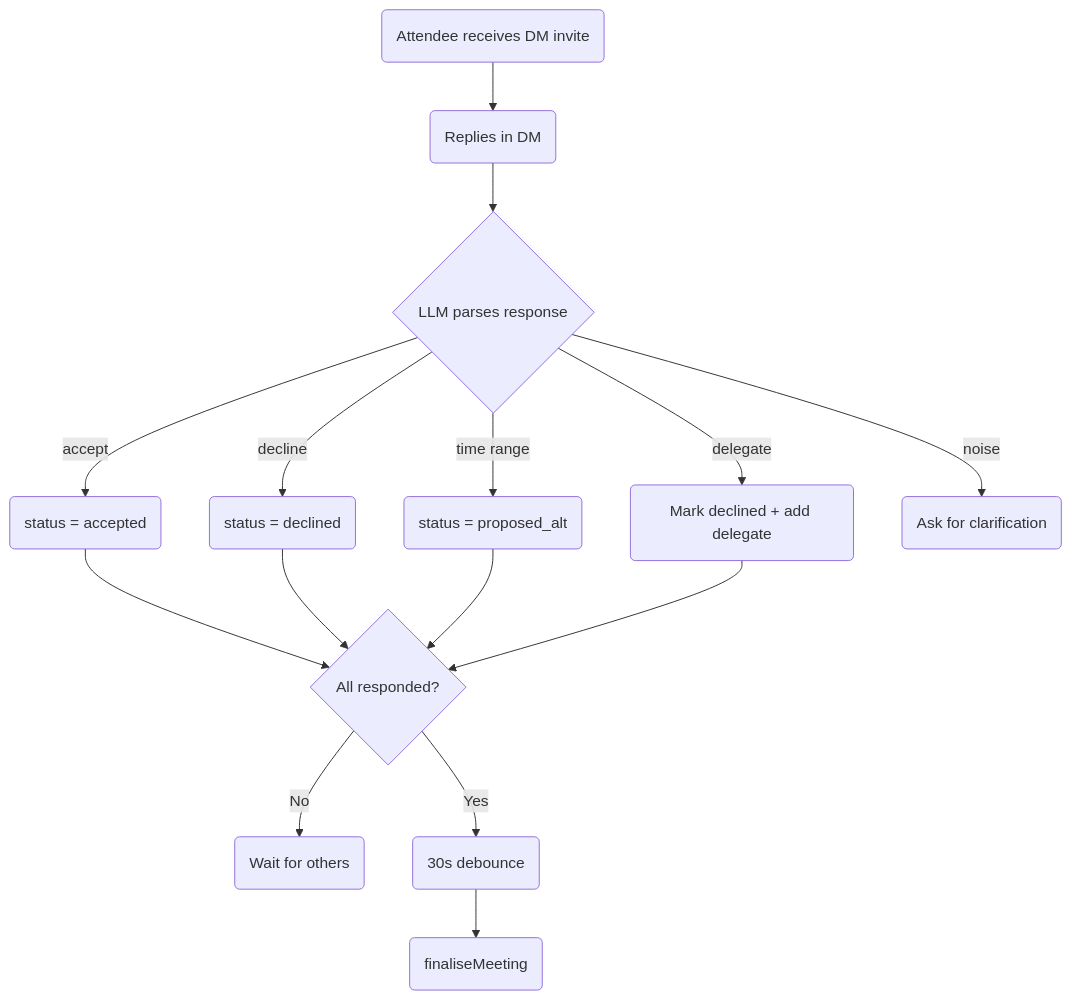
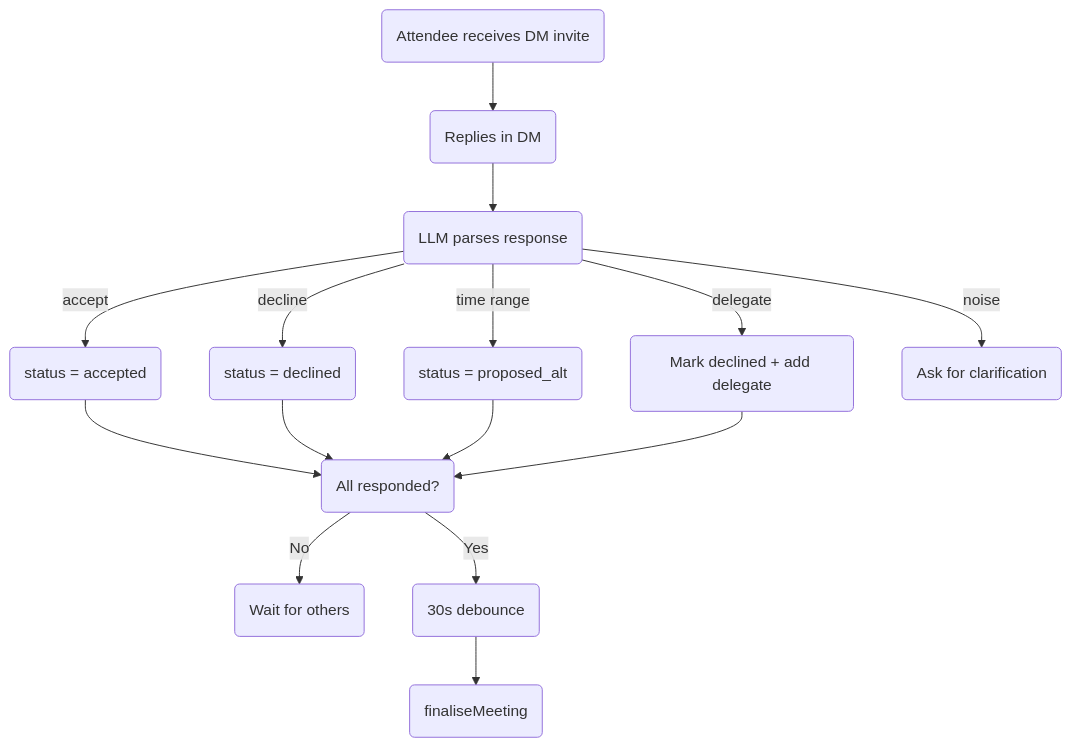
One commit to javana3/claw_meeting_all changed the fifth of 7 diagrams in README.md. Above: the diagram before and after it, drawn with Mermaid. The commit also changed other lines of this file and 4 other files, not shown here.

First line of the commit message:
docs: round all diagram nodes and update colors across 5 languages

````diff
--- a/README.md
+++ b/README.md
@@ -133,19 +133,19 @@
 ```mermaid
 graph TD
     A(Attendee receives DM invite) --> B(Replies in DM)
-    B --> C{LLM parses response}
+    B --> C(LLM parses response)
     C -->|accept| D(status = accepted)
     C -->|decline| E(status = declined)
     C -->|time range| F(status = proposed_alt)
     C -->|delegate| G(Mark declined + add delegate)
     C -->|noise| H(Ask for clarification)
 
-    D --> I{All responded?}
+    D --> I(All responded?)
     E --> I
     F --> I
     G --> I
 
     I -->|No| J(Wait for others)
     I -->|Yes| K(30s debounce)
     K --> L(finaliseMeeting)
 ```
````
